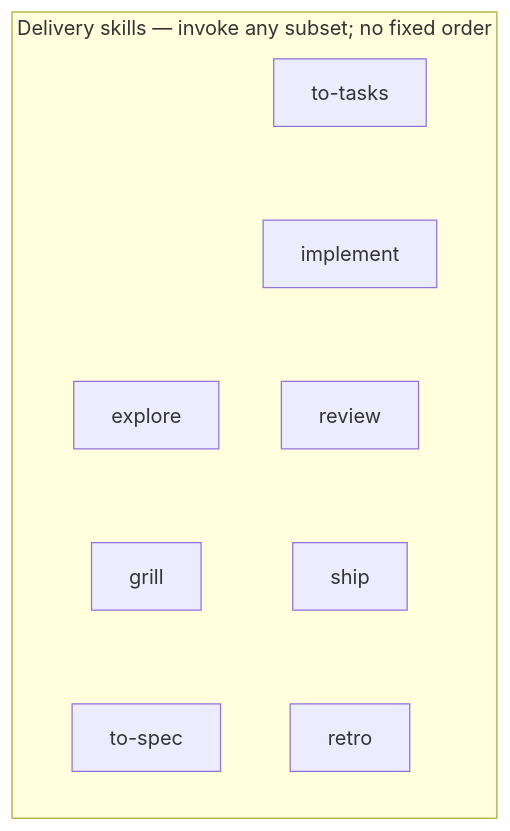
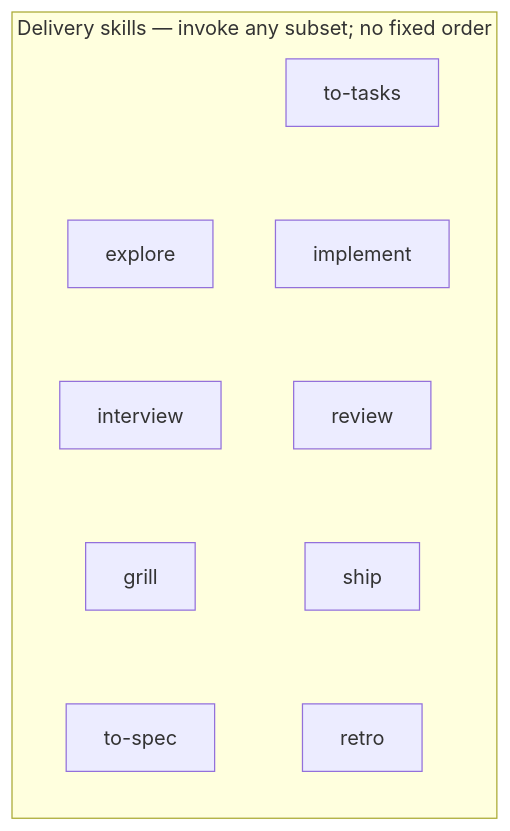
One commit to gaboesquivel/flow-skills changed the diagram in docs/skills.md. Above: the diagram before and after it, drawn with Mermaid. The commit also changed other lines of this file and 14 other files, not shown here.

````diff
--- a/docs/skills.md
+++ b/docs/skills.md
@@ -17,8 +17,8 @@
 ```mermaid
 flowchart LR
   subgraph delivery["Delivery skills — invoke any subset; no fixed order"]
     direction TB
-    explore ~~~ grill ~~~ toSpec[to-spec]
+    explore ~~~ interview ~~~ grill ~~~ toSpec[to-spec]
     toTasks[to-tasks] ~~~ implement ~~~ review ~~~ ship ~~~ retro
   end
 ```
````
